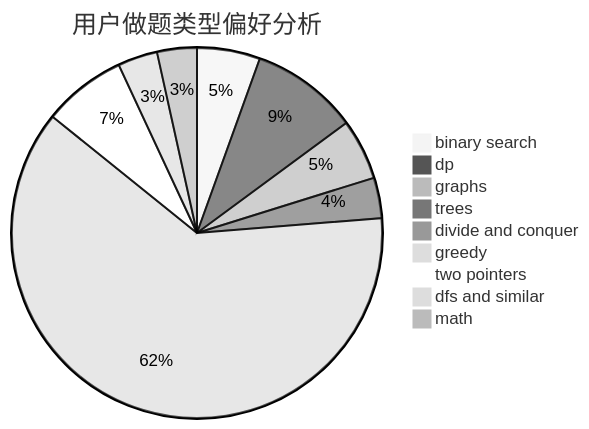
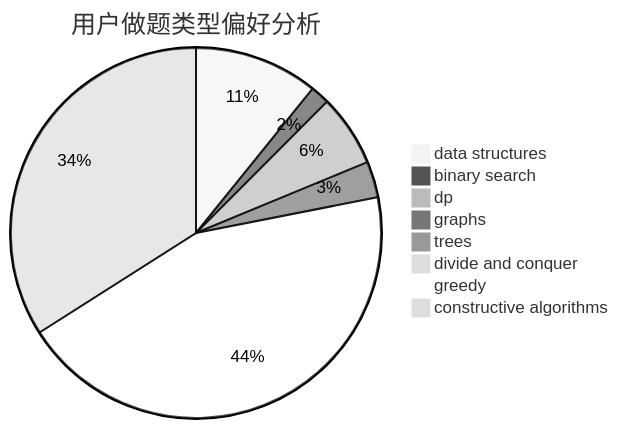
Before and after one commit to sherpahu/cfrs.github.io: the second of 3 diagrams in docs/user/u796.md, drawn with Mermaid (neutral theme). The commit also changed other lines of this file and 2775 other files, not shown here.

````diff
--- a/docs/user/u796.md
+++ b/docs/user/u796.md
@@ -23,12 +23,11 @@
 ```mermaid
 pie title 用户做题类型偏好分析
-    "binary search" :  81
-    "dp" :  138
-    "graphs" :  78
-    "trees" :  52
-    "divide and conquer" :  8
-    "greedy" :  913
-    "two pointers" :  107
-    "dfs and similar" :  51
-    "math" :  51
+    "data structures" :  117
+    "binary search" :  18
+    "dp" :  68
+    "graphs" :  34
+    "trees" :  10
+    "divide and conquer" :  3
+    "greedy" :  477
+    "constructive algorithms" :  368
 ```
````
